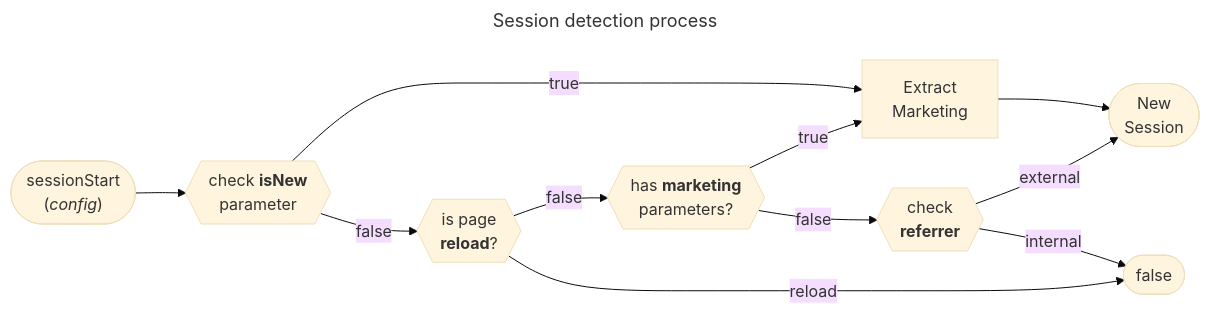
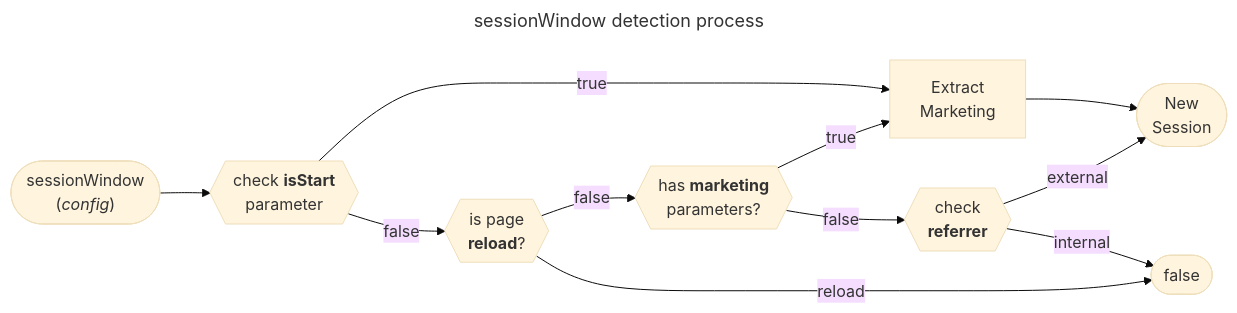
The second of 2 diagrams in website/docs/utils/session.mdx (elbwalker/walkerOS), drawn with Mermaid (base theme) before and after one commit. The commit also changed other lines of this file and 1 other file, not shown here.

Commit message:
session docs wip

````diff
--- a/website/docs/utils/session.mdx
+++ b/website/docs/utils/session.mdx
@@ -52,25 +295,25 @@
 ```mermaid
 ---
-title: Session detection process
+title: sessionWindow detection process
 ---
 flowchart LR
-  sessionStart(["sessionStart<br>(<i>config</i>)"])
-  isNewSession{{"check <b>isNew</b><br>parameter"}}
+  sessionWindow(["sessionWindow<br>(<i>config</i>)"])
+  isNewSession{{"check <b>isStart</b><br>parameter"}}
   getMarketing["Extract<br>Marketing"]
   session([New<br>Session])
   isReload{{"is page<br><b>reload</b>?"}}
   hasMarketing{{"has <b>marketing</b><br>parameters?"}}
   referrer{{"check<br><b>referrer</b>"}}
   false(["false"])
 
-sessionStart --> isNewSession
+sessionWindow --> isNewSession
 isNewSession -- true --> getMarketing
 getMarketing --> session
 isNewSession -- false --> isReload
 isReload -- false --> hasMarketing
 hasMarketing -- false --> referrer
 hasMarketing -- true --> getMarketing
 referrer -- external --> session
 referrer -- internal --> false
 isReload -- reload --> false
 ```
````
